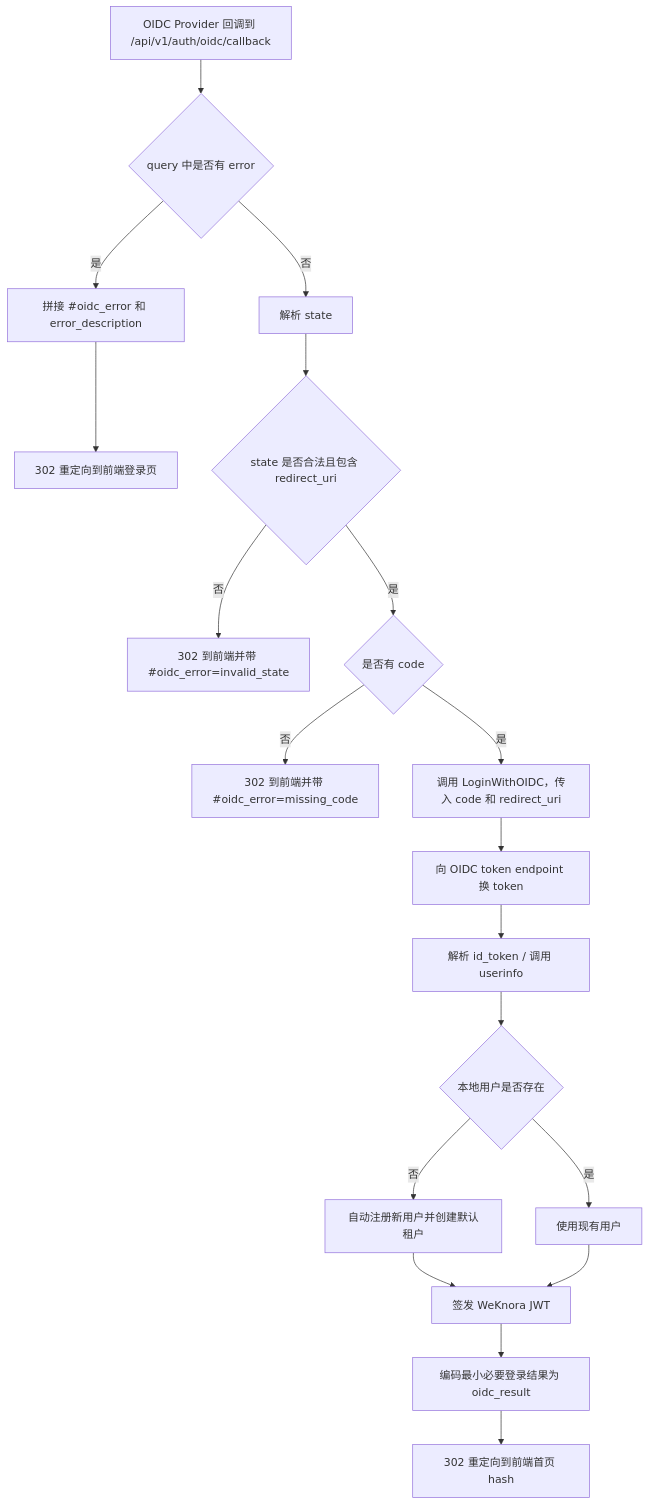
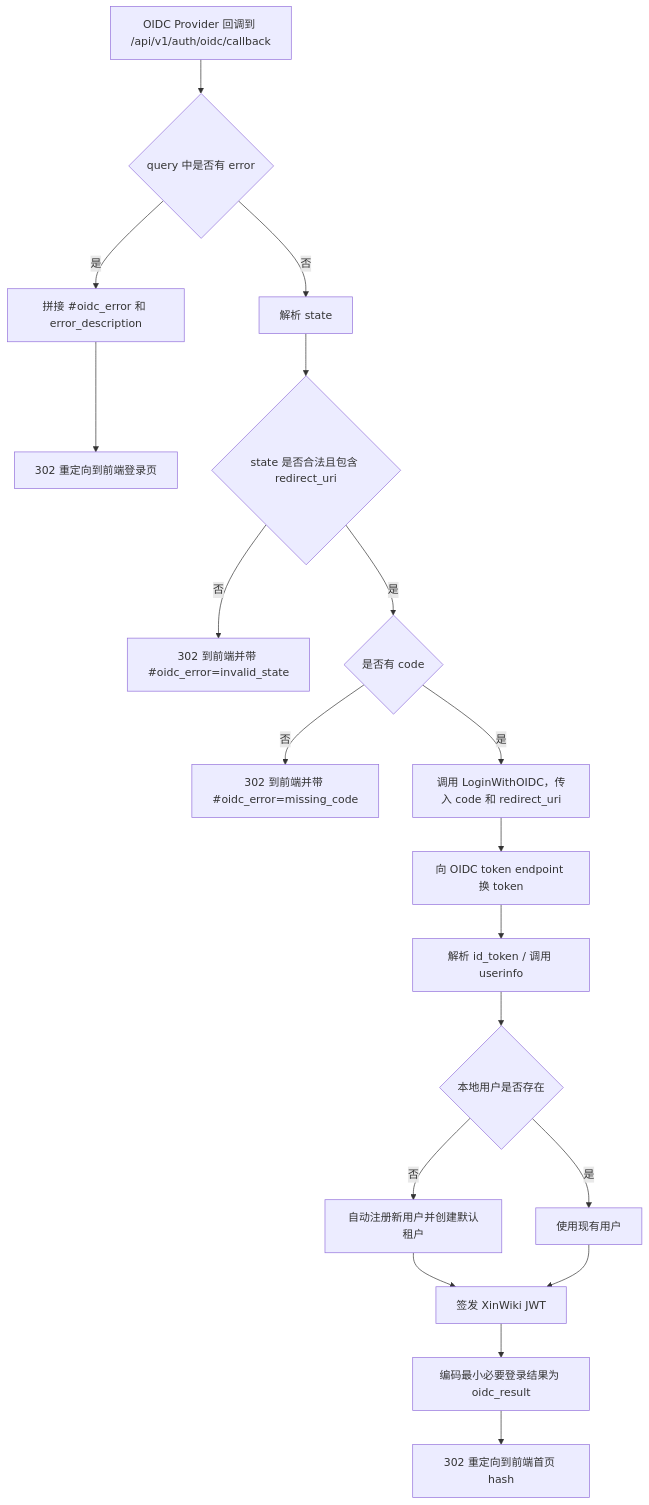
The second of 2 diagrams in docs/OIDC认证调用流程.md (tohnee/xinwiki-new), drawn with Mermaid before and after one commit. The commit also changed other lines of this file and 1233 other files, not shown here.

````diff
--- a/docs/OIDC认证调用流程.md
+++ b/docs/OIDC认证调用流程.md
@@ -104,24 +104,24 @@
 ```mermaid
 flowchart TD
     A[OIDC Provider 回调到 /api/v1/auth/oidc/callback] --> B{query 中是否有 error}
     B -- 是 --> C[拼接 #oidc_error 和 error_description]
     C --> D[302 重定向到前端登录页]
 
     B -- 否 --> E[解析 state]
     E --> F{state 是否合法且包含 redirect_uri}
     F -- 否 --> G[302 到前端并带 #oidc_error=invalid_state]
 
     F -- 是 --> H{是否有 code}
     H -- 否 --> I[302 到前端并带 #oidc_error=missing_code]
 
     H -- 是 --> J[调用 LoginWithOIDC，传入 code 和 redirect_uri]
     J --> K[向 OIDC token endpoint 换 token]
     K --> L[解析 id_token / 调用 userinfo]
     L --> M{本地用户是否存在}
     M -- 否 --> N[自动注册新用户并创建默认租户]
     M -- 是 --> O[使用现有用户]
-    N --> P[签发 WeKnora JWT]
+    N --> P[签发 XinWiki JWT]
     O --> P
     P --> Q[编码最小必要登录结果为 oidc_result]
     Q --> R[302 重定向到前端首页 hash]
 ```
````
